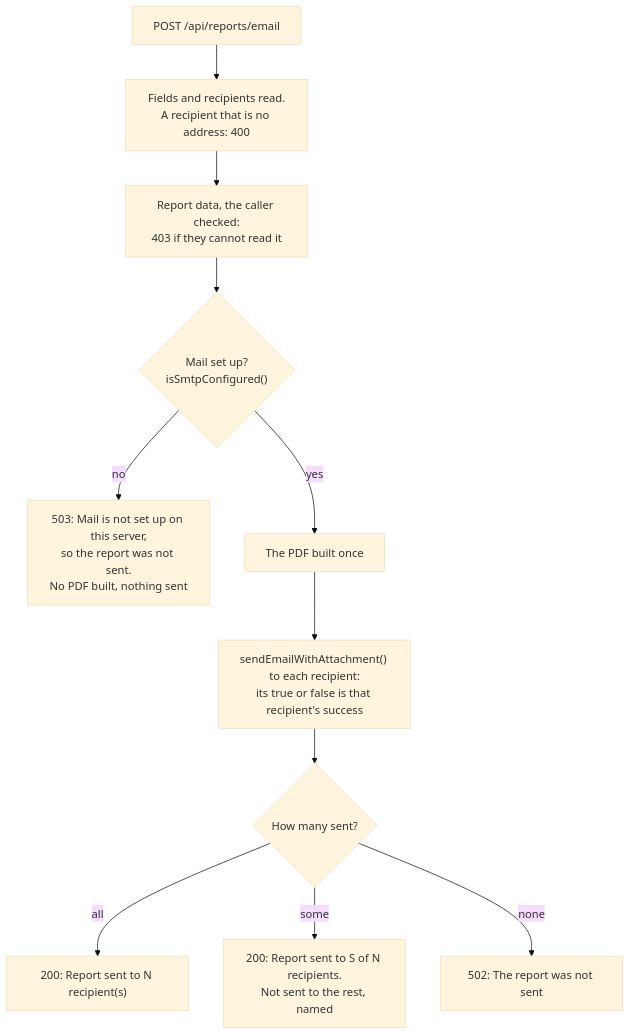
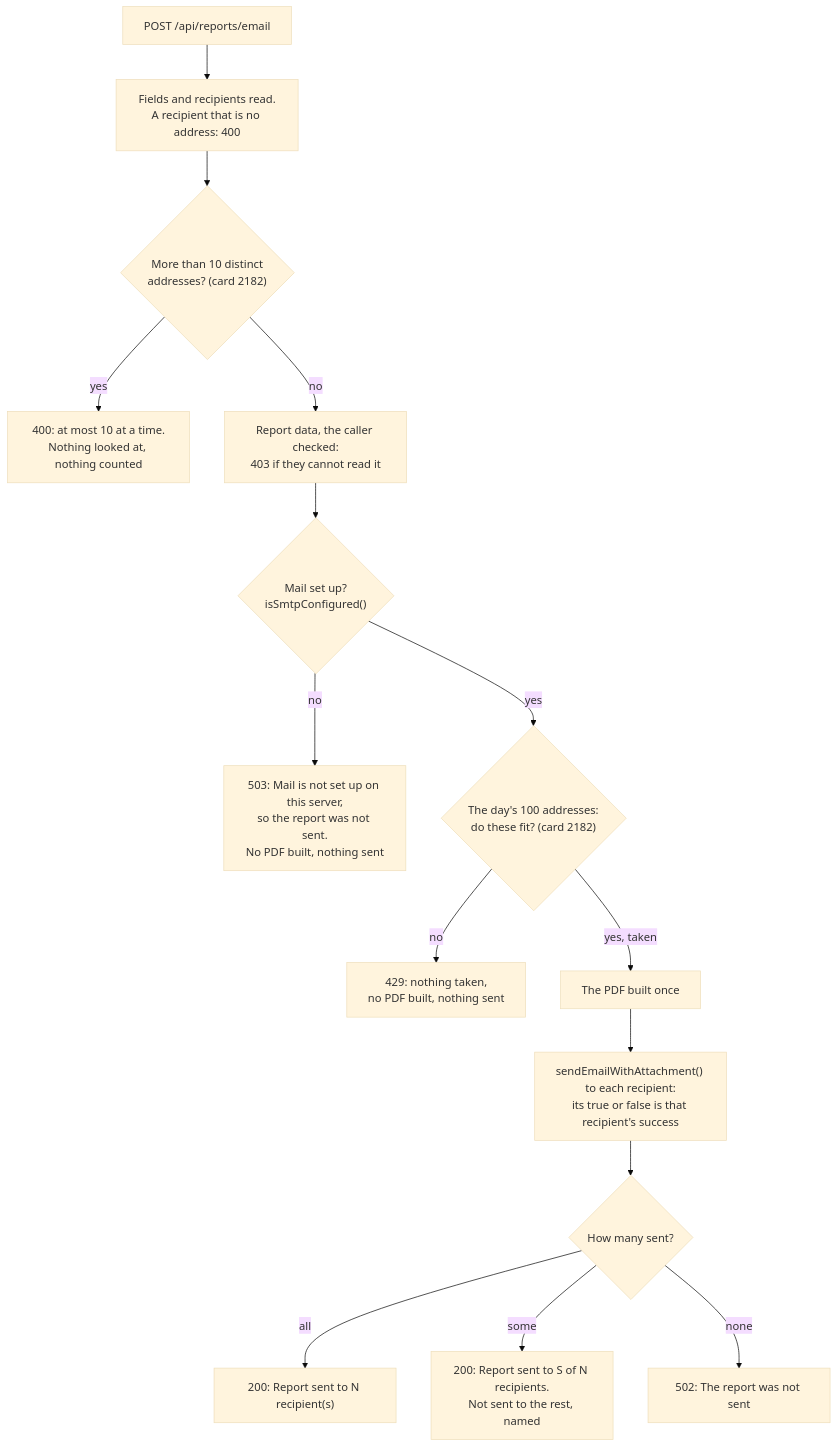
The ninth of 14 diagrams in docs/notifications-email.md (gitBoon/DumpFire), drawn with Mermaid (base theme) before and after one commit. The commit also changed other lines of this file and 42 other files, not shown here.

````diff
--- a/docs/notifications-email.md
+++ b/docs/notifications-email.md
@@ -330,13 +341,17 @@
 ```mermaid
 flowchart TD
     Post["POST /api/reports/email"] --> Fields["Fields and recipients read.<br/>A recipient that is no address: 400"]
-    Fields --> Data["Report data, the caller checked:<br/>403 if they cannot read it"]
+    Fields --> Cap{"More than 10 distinct<br/>addresses? (card 2182)"}
+    Cap -->|"yes"| R400["400: at most 10 at a time.<br/>Nothing looked at, nothing counted"]
+    Cap -->|"no"| Data["Report data, the caller checked:<br/>403 if they cannot read it"]
     Data --> Smtp{"Mail set up?<br/>isSmtpConfigured()"}
     Smtp -->|"no"| R503["503: Mail is not set up on this server,<br/>so the report was not sent.<br/>No PDF built, nothing sent"]
-    Smtp -->|"yes"| Pdf["The PDF built once"]
+    Smtp -->|"yes"| Allow{"The day's 100 addresses:<br/>do these fit? (card 2182)"}
+    Allow -->|"no"| R429["429: nothing taken,<br/>no PDF built, nothing sent"]
+    Allow -->|"yes, taken"| Pdf["The PDF built once"]
     Pdf --> Each["sendEmailWithAttachment() to each recipient:<br/>its true or false is that recipient's success"]
     Each --> Count{"How many sent?"}
     Count -->|"all"| R200["200: Report sent to N recipient(s)"]
     Count -->|"some"| R200s["200: Report sent to S of N recipients.<br/>Not sent to the rest, named"]
     Count -->|"none"| R502["502: The report was not sent"]
 ```
````
